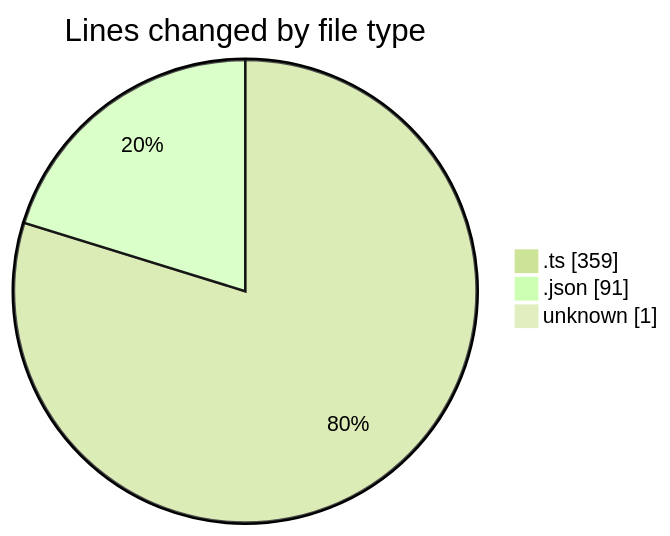
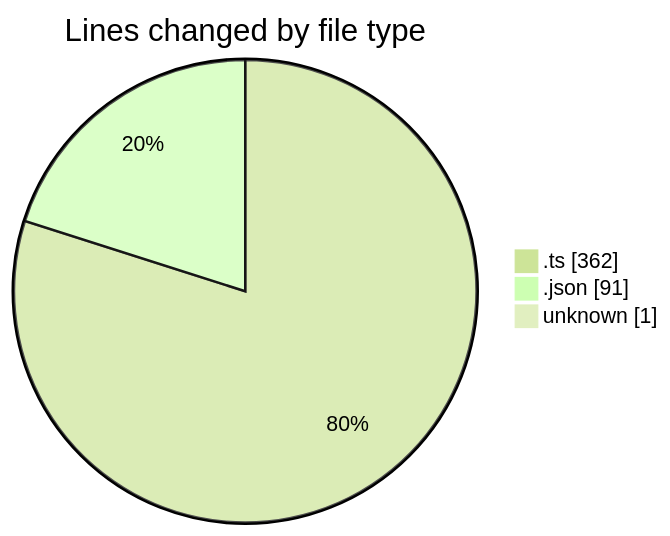
One commit to donsfak/code-tracking changed the first of 2 diagrams in 2025-02-08/maps_clone/README.md. Above: the diagram before and after it, drawn with Mermaid (forest theme). The commit also changed other lines of this file and 1 other file, not shown here.

````diff
--- a/2025-02-08/maps_clone/README.md
+++ b/2025-02-08/maps_clone/README.md
@@ -22,7 +22,7 @@
 ```mermaid
 pie showData
 title Lines changed by file type
-".ts" : 359
+".ts" : 362
 ".json" : 91
 "unknown" : 1
 ```
````
